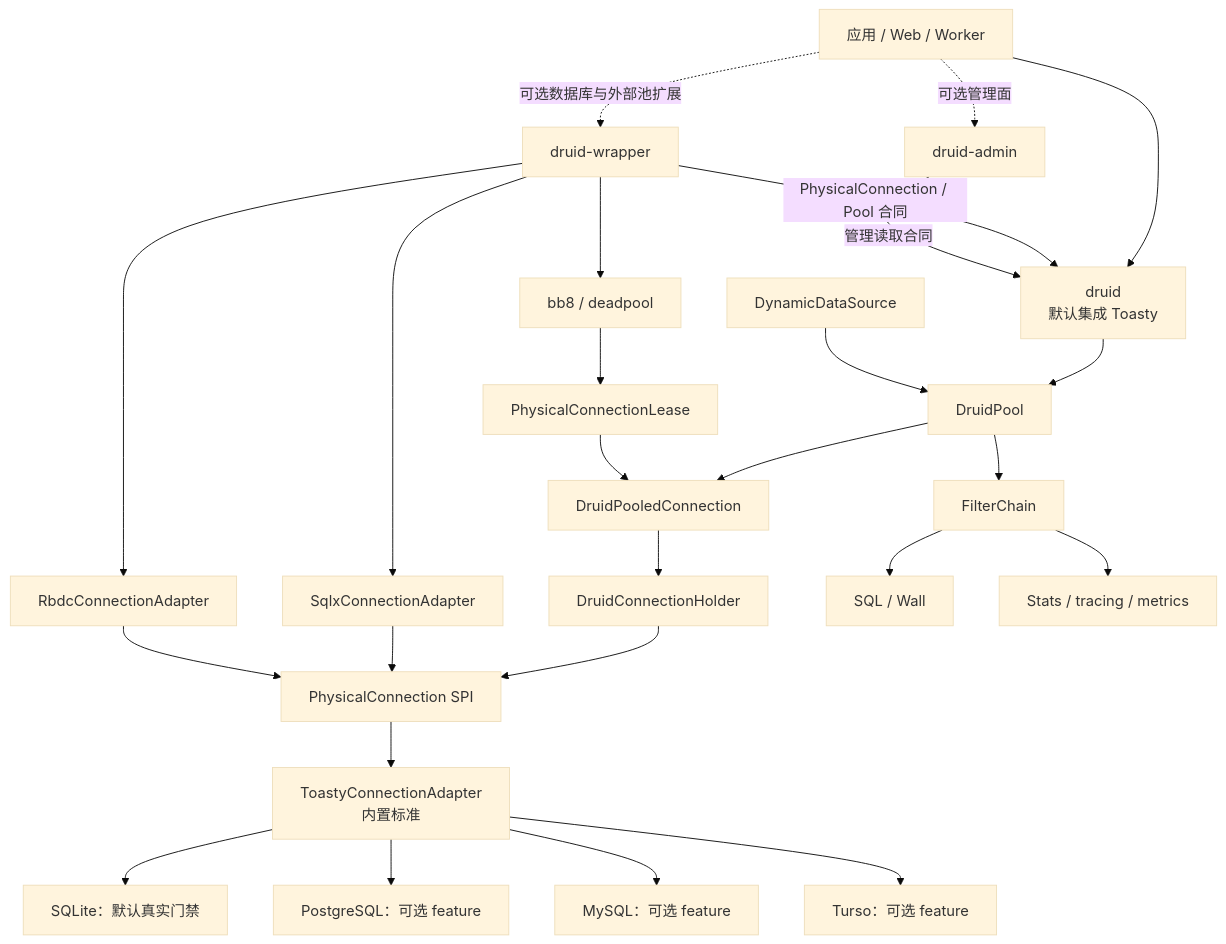
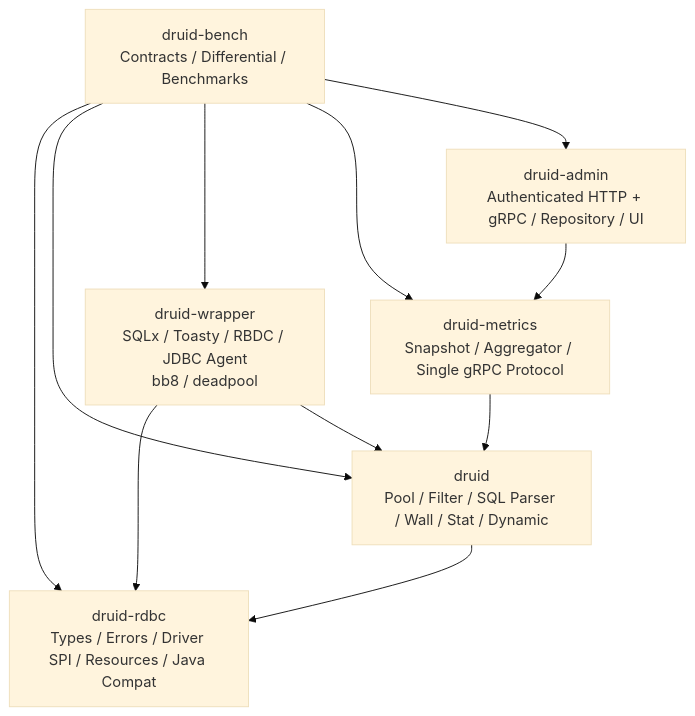
Before and after one commit to easy-4-rust/druid-rust: the first of 6 diagrams in docs/druid-rust-Architecture.zh_CN.md, drawn with Mermaid (base theme). The commit also changed other lines of this file and 24 other files, not shown here.

Commit message:
docs(architecture): freeze rdbc-first execution baseline

````diff
--- a/docs/druid-rust-Architecture.zh_CN.md
+++ b/docs/druid-rust-Architecture.zh_CN.md
@@ -72,34 +71,20 @@
 ```mermaid
 flowchart TB
-    App["应用 / Web / Worker"] --> Druid["druid<br/>默认集成 Toasty"]
-    App -. "可选数据库与外部池扩展" .-> Wrapper["druid-wrapper"]
-    App -. "可选管理面" .-> Admin["druid-admin"]
+    RDBC["druid-rdbc<br/>Types / Errors / Driver SPI / Resources / Java Compat"]
+    Druid["druid<br/>Pool / Filter / SQL Parser / Wall / Stat / Dynamic"]
+    Wrapper["druid-wrapper<br/>SQLx / Toasty / RBDC / JDBC Agent<br/>bb8 / deadpool"]
+    Metrics["druid-metrics<br/>Snapshot / Aggregator / Single gRPC Protocol"]
+    Admin["druid-admin<br/>Authenticated HTTP + gRPC / Repository / UI"]
+    Bench["druid-bench<br/>Contracts / Differential / Benchmarks"]
 
-    Wrapper -->|"PhysicalConnection / Pool 合同"| Druid
-    Admin -->|"管理读取合同"| Druid
-
-    Druid --> Pool["DruidPool"]
-    Pool --> Public["DruidPooledConnection"]
-    Public --> Holder["DruidConnectionHolder"]
-    Holder --> SPI["PhysicalConnection SPI"]
-
-    SPI --> Toasty["ToastyConnectionAdapter<br/>内置标准"]
-    Wrapper --> Sqlx["SqlxConnectionAdapter"]
-    Wrapper --> Rbdc["RbdcConnectionAdapter"]
-    Wrapper --> External["bb8 / deadpool"]
-    Sqlx --> SPI
-    Rbdc --> SPI
-
-    Toasty --> SQLite["SQLite：默认真实门禁"]
-    Toasty --> Pg["PostgreSQL：可选 feature"]
-    Toasty --> MySql["MySQL：可选 feature"]
-    Toasty --> Turso["Turso：可选 feature"]
-
-    Pool --> Filter["FilterChain"]
-    Filter --> Sql["SQL / Wall"]
-    Filter --> Stats["Stats / tracing / metrics"]
-    Dynamic["DynamicDataSource"] --> Pool
-
-    External --> Lease["PhysicalConnectionLease"]
-    Lease --> Public
+    Druid --> RDBC
+    Wrapper --> RDBC
+    Wrapper --> Druid
+    Metrics --> Druid
+    Admin --> Metrics
+    Bench --> RDBC
+    Bench --> Druid
+    Bench --> Wrapper
+    Bench --> Metrics
+    Bench --> Admin
 ```
````
